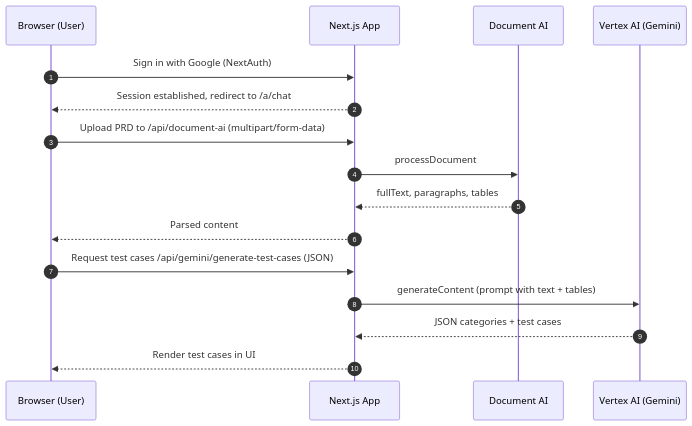
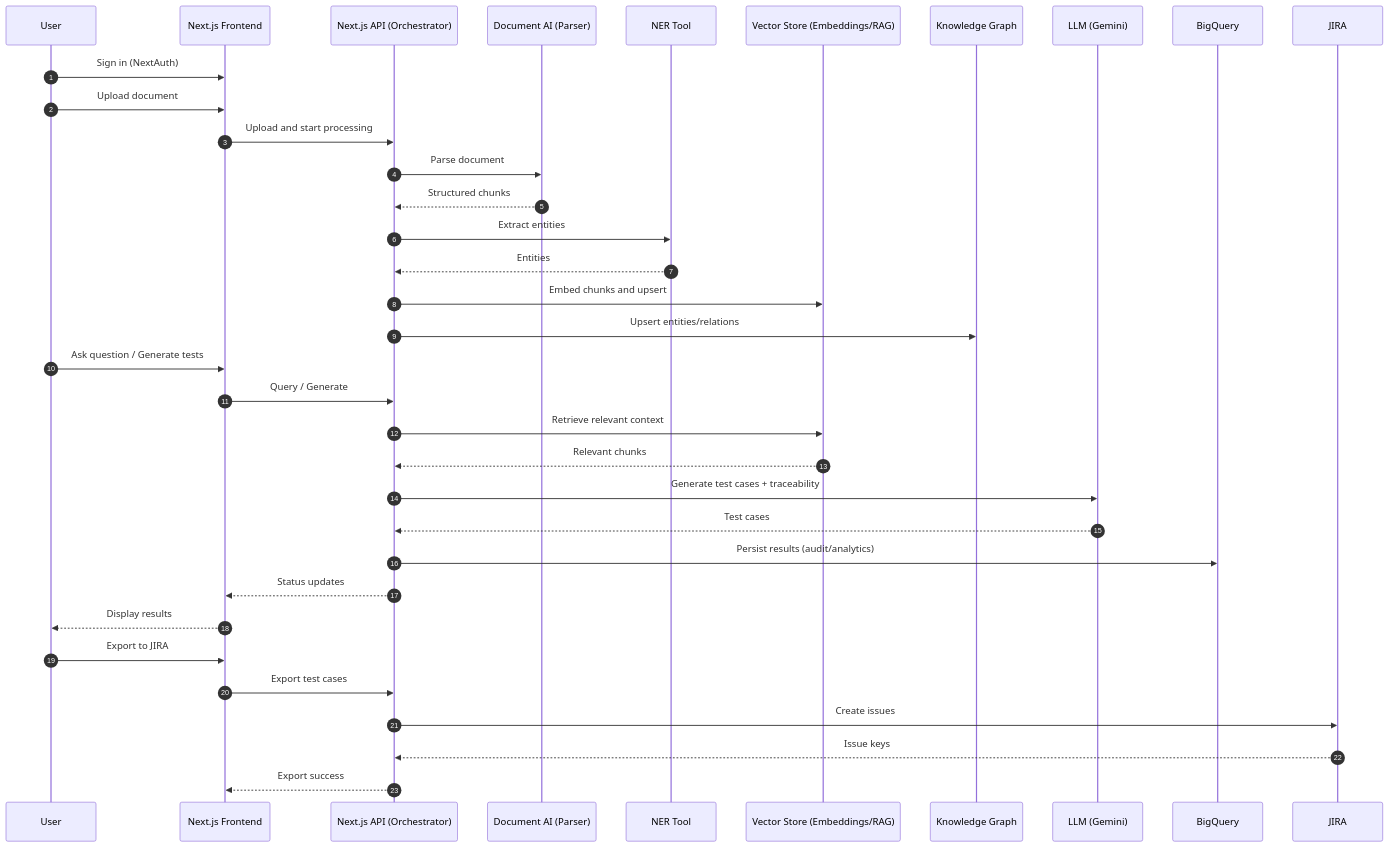
Before and after one commit to Rahul-sinha84/hack-2-skill: the diagram in README.md, drawn with Mermaid. The commit also changed other lines of this file and 5 other files, not shown here.

````diff
--- a/README.md
+++ b/README.md
@@ -136,21 +92,47 @@
 ```mermaid
 sequenceDiagram
   autonumber
-  participant B as Browser (User)
-  participant N as Next.js App
-  participant D as Document AI
-  participant G as Vertex AI (Gemini)
+  participant U as User
+  participant FE as Next.js Frontend
+  participant AB as Next.js API (Orchestrator)
+  participant P as Document AI (Parser)
+  participant N as NER Tool
+  participant VS as Vector Store (Embeddings/RAG)
+  participant KG as Knowledge Graph
+  participant L as LLM (Gemini)
+  participant BQ as BigQuery
+  participant J as JIRA
 
-  B->>N: Sign in with Google (NextAuth)
-  N-->>B: Session established, redirect to /a/chat
+  U ->> FE: Sign in (NextAuth)
 
-  B->>N: Upload PRD to /api/document-ai (multipart/form-data)
-  N->>D: processDocument
-  D-->>N: fullText, paragraphs, tables
-  N-->>B: Parsed content
+  U ->> FE: Upload document
+  FE ->> AB: Upload and start processing
 
-  B->>N: Request test cases /api/gemini/generate-test-cases (JSON)
-  N->>G: generateContent (prompt with text + tables)
-  G-->>N: JSON categories + test cases
-  N-->>B: Render test cases in UI
+  AB ->> P: Parse document
+  P -->> AB: Structured chunks
+
+  AB ->> N: Extract entities
+  N -->> AB: Entities
+
+  AB ->> VS: Embed chunks and upsert
+  AB ->> KG: Upsert entities/relations
+
+  U ->> FE: Ask question / Generate tests
+  FE ->> AB: Query / Generate
+
+  AB ->> VS: Retrieve relevant context
+  VS -->> AB: Relevant chunks
+
+  AB ->> L: Generate test cases + traceability
+  L -->> AB: Test cases
+
+  AB ->> BQ: Persist results (audit/analytics)
+  AB -->> FE: Status updates
+  FE -->> U: Display results
+
+  U ->> FE: Export to JIRA
+  FE ->> AB: Export test cases
+  AB ->> J: Create issues
+  J -->> AB: Issue keys
+  AB -->> FE: Export success
 ```
````
